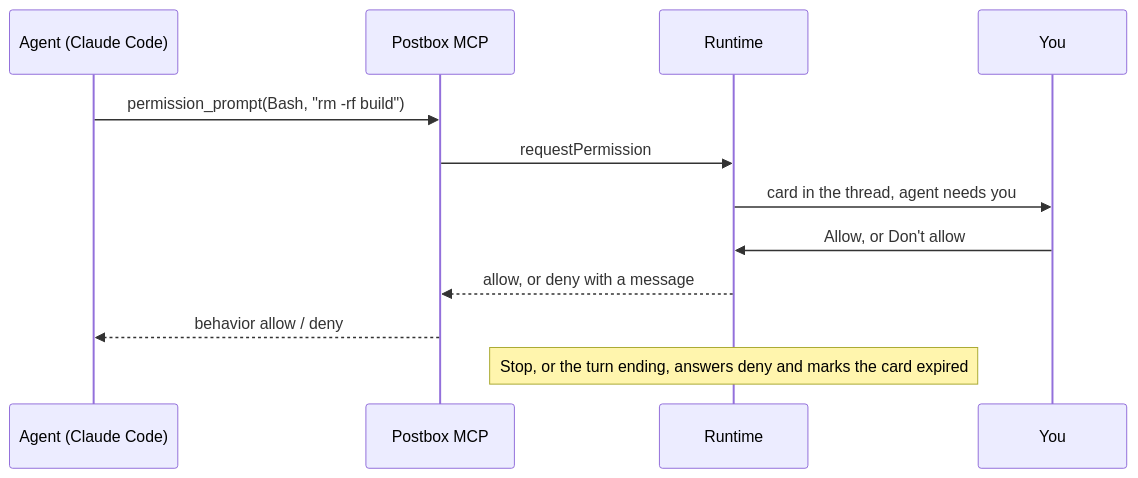
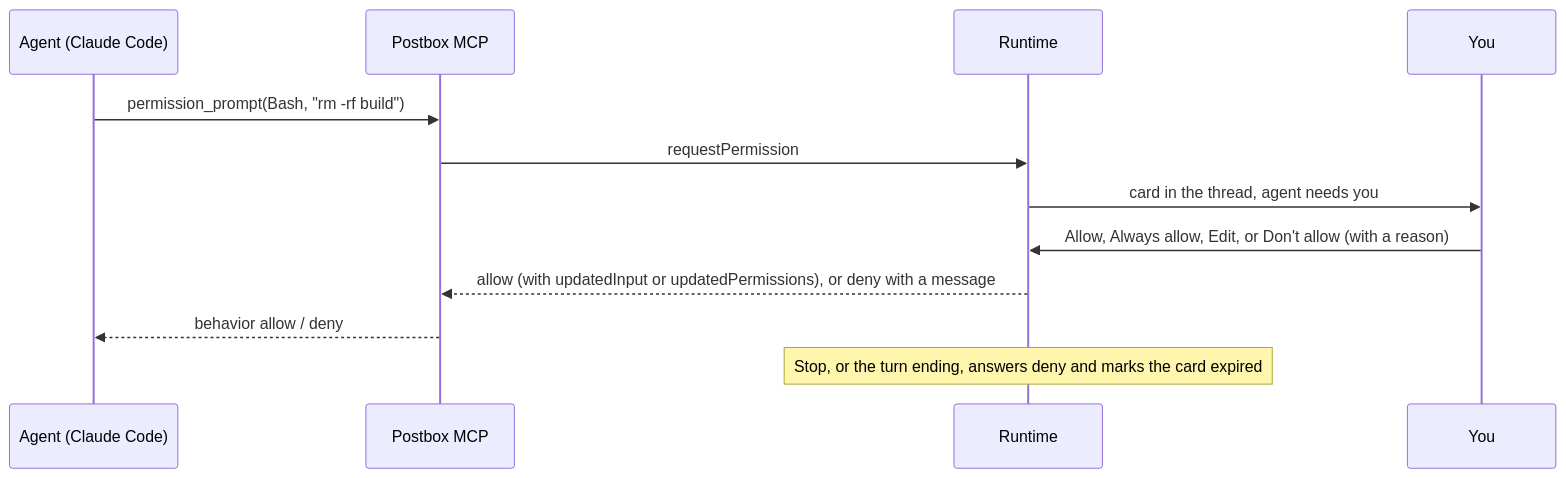
One commit to HJeon139/postbox changed the third of 6 diagrams in designs/architecture.md. Above: the diagram before and after it, drawn with Mermaid. The commit also changed other lines of this file and 28 other files, not shown here.

First line of the commit message:
A permissions panel, and permission cards with Always allow, Edit and a reason

````diff
--- a/designs/architecture.md
+++ b/designs/architecture.md
@@ -161,14 +161,14 @@
 ```mermaid
 sequenceDiagram
   participant A as Agent (Claude Code)
   participant M as Postbox MCP
   participant R as Runtime
   participant Y as You
   A->>M: permission_prompt(Bash, "rm -rf build")
   M->>R: requestPermission
   R->>Y: card in the thread, agent needs you
-  Y->>R: Allow, or Don't allow
-  R-->>M: allow, or deny with a message
+  Y->>R: Allow, Always allow, Edit, or Don't allow (with a reason)
+  R-->>M: allow (with updatedInput or updatedPermissions), or deny with a message
   M-->>A: behavior allow / deny
   Note over R: Stop, or the turn ending, answers deny and marks the card expired
 ```
````
